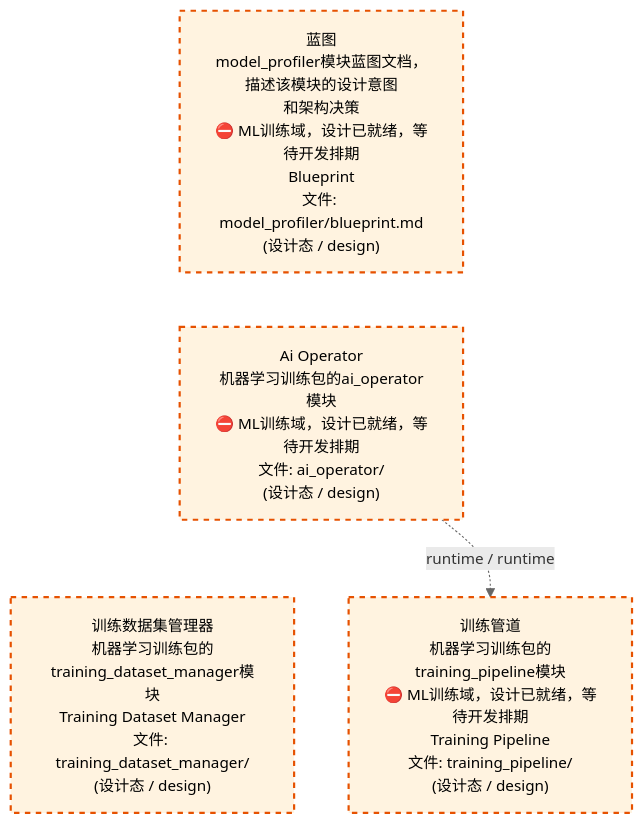
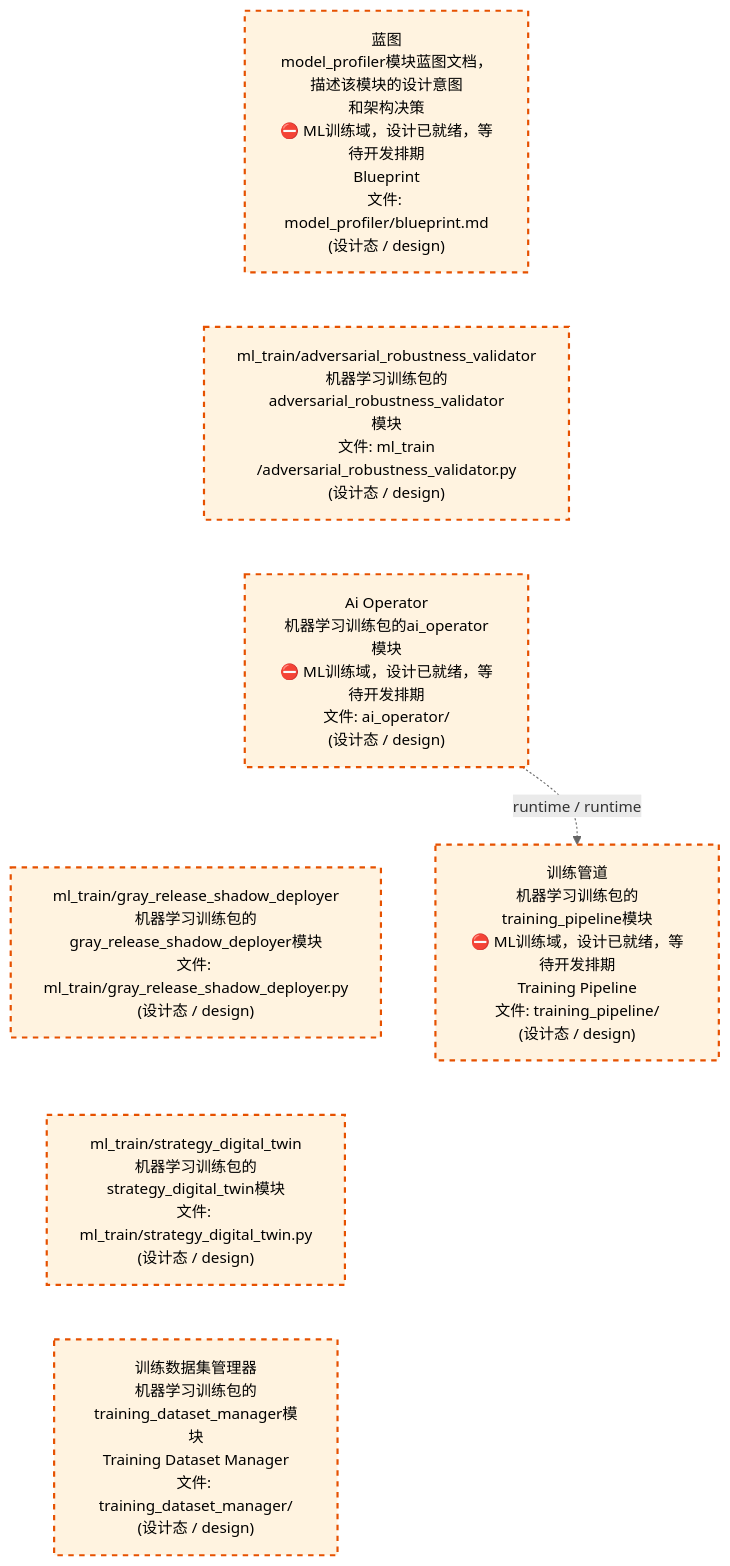
One commit to xuanFelixVan/ZephyrAlpha changed the third of 4 diagrams in docs/02_enterprise_architecture/02_domain_architecture_docs/61_d_ml_train.md. Above: the diagram before and after it, drawn with Mermaid. The commit also changed other lines of this file and 8 other files, not shown here.

````diff
--- a/docs/02_enterprise_architecture/02_domain_architecture_docs/61_d_ml_train.md
+++ b/docs/02_enterprise_architecture/02_domain_architecture_docs/61_d_ml_train.md
@@ -127,16 +133,22 @@
 ```mermaid
 %%{init: {'theme': 'base', 'themeVariables': {'primaryColor': '#eaeaea', 'primaryTextColor': '#333333', 'primaryBorderColor': '#666666', 'lineColor': '#666666', 'secondaryColor': '#eaeaea', 'tertiaryColor': '#eaeaea', 'fontSize': '14px'}}}%%
 flowchart TD
     docs_03_modules_cross_layer_model_profiler_blueprint_md["蓝图<br/>model_profiler模块蓝图文档，描述该模块的设计意图<br/>和架构决策<br/>⛔ ML训练域，设计已就绪，等待开发排期<br/>Blueprint<br/>文件: model_profiler/blueprint.md<br/>(设计态 / design)"]
+    src_zephyr_ml_train_adversarial_robustness_validator_py["ml_train/adversarial_robustness_validator<br/>机器学习训练包的adversarial_robustness_validator<br/>模块<br/>文件: ml_train<br/>/adversarial_robustness_validator.py<br/>(设计态 / design)"]
     src_zephyr_ml_train_ai_operator["Ai Operator<br/>机器学习训练包的ai_operator模块<br/>⛔ ML训练域，设计已就绪，等待开发排期<br/>文件: ai_operator/<br/>(设计态 / design)"]
+    src_zephyr_ml_train_gray_release_shadow_deployer_py["ml_train/gray_release_shadow_deployer<br/>机器学习训练包的gray_release_shadow_deployer模块<br/>文件: ml_train/gray_release_shadow_deployer.py<br/>(设计态 / design)"]
+    src_zephyr_ml_train_strategy_digital_twin_py["ml_train/strategy_digital_twin<br/>机器学习训练包的strategy_digital_twin模块<br/>文件: ml_train/strategy_digital_twin.py<br/>(设计态 / design)"]
     src_zephyr_ml_train_training_dataset_manager["训练数据集管理器<br/>机器学习训练包的training_dataset_manager模块<br/>Training Dataset Manager<br/>文件: training_dataset_manager/<br/>(设计态 / design)"]
-    docs_03_modules_cross_layer_model_profiler_blueprint_md ~~~ src_zephyr_ml_train_ai_operator
-    src_zephyr_ml_train_ai_operator ~~~ src_zephyr_ml_train_training_dataset_manager
+    docs_03_modules_cross_layer_model_profiler_blueprint_md ~~~ src_zephyr_ml_train_adversarial_robustness_validator_py
+    src_zephyr_ml_train_adversarial_robustness_validator_py ~~~ src_zephyr_ml_train_ai_operator
+    src_zephyr_ml_train_ai_operator ~~~ src_zephyr_ml_train_gray_release_shadow_deployer_py
+    src_zephyr_ml_train_gray_release_shadow_deployer_py ~~~ src_zephyr_ml_train_strategy_digital_twin_py
+    src_zephyr_ml_train_strategy_digital_twin_py ~~~ src_zephyr_ml_train_training_dataset_manager
     src_zephyr_ml_train_training_pipeline["训练管道<br/>机器学习训练包的training_pipeline模块<br/>⛔ ML训练域，设计已就绪，等待开发排期<br/>Training Pipeline<br/>文件: training_pipeline/<br/>(设计态 / design)"]
     src_zephyr_ml_train_ai_operator -.->|runtime / runtime| src_zephyr_ml_train_training_pipeline
     classDef production fill:#e1f5fe,stroke:#01579b,stroke-width:2px,color:#000
     classDef design fill:#fff3e0,stroke:#e65100,stroke-width:2px,color:#000,stroke-dasharray: 5 5
     classDef external_prod fill:#e8f4fd,stroke:#0277bd,stroke-width:1px,color:#000
     classDef external_design fill:#fff8e7,stroke:#ef6c00,stroke-width:1px,color:#000,stroke-dasharray: 5 5
-    class docs_03_modules_cross_layer_model_profiler_blueprint_md,src_zephyr_ml_train_ai_operator,src_zephyr_ml_train_training_dataset_manager,src_zephyr_ml_train_training_pipeline design
+    class docs_03_modules_cross_layer_model_profiler_blueprint_md,src_zephyr_ml_train_adversarial_robustness_validator_py,src_zephyr_ml_train_ai_operator,src_zephyr_ml_train_gray_release_shadow_deployer_py,src_zephyr_ml_train_strategy_digital_twin_py,src_zephyr_ml_train_training_dataset_manager,src_zephyr_ml_train_training_pipeline design
 ```
````
